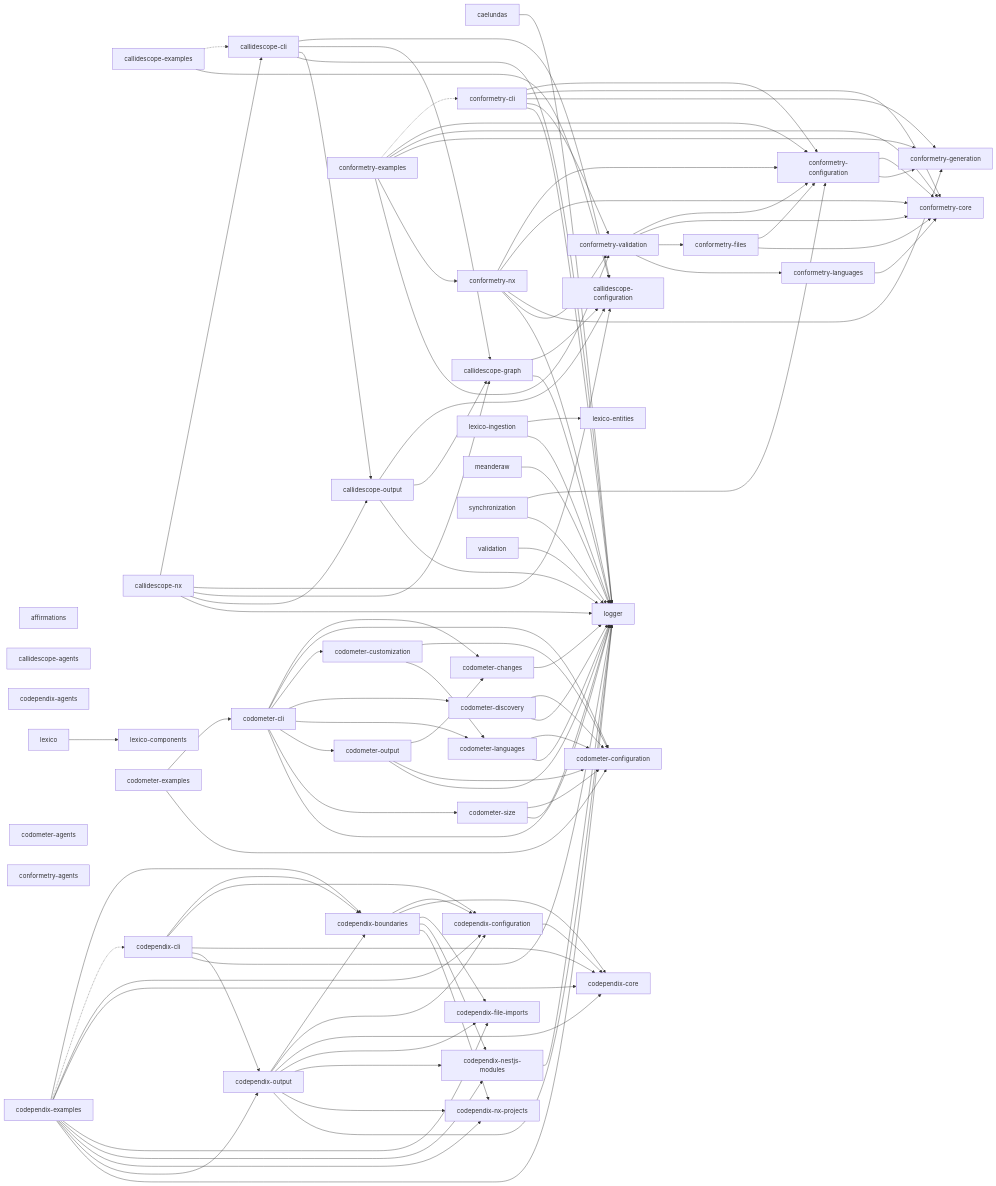
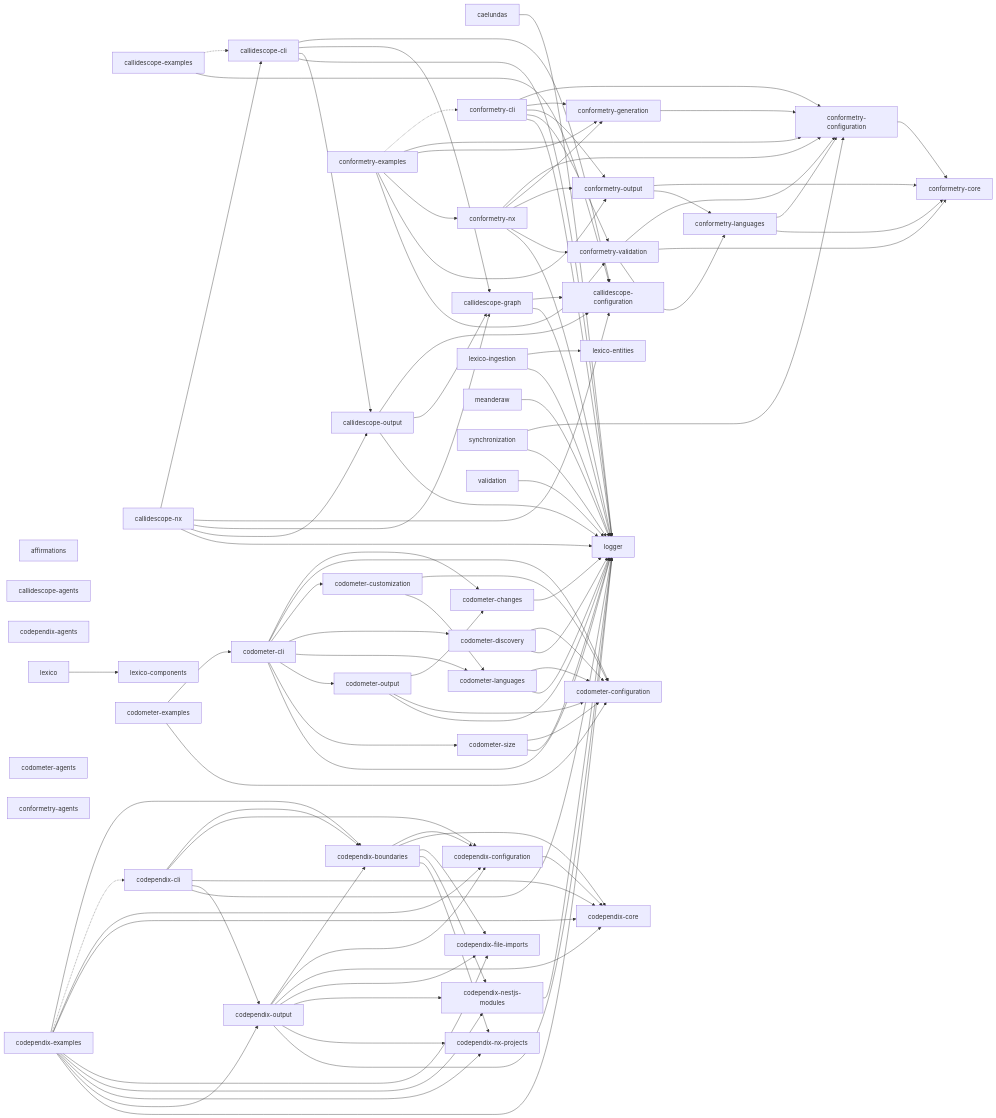
One commit to JimmyPaolini/codebase changed the diagram in README.md. Above: the diagram before and after it, drawn with Mermaid. The commit also changed other lines of this file and 169 other files, not shown here.

First line of the commit message:
refactor(conformetry,configuration,dependencies,deployments): ♻️ put conformetry on the ic-suite five-layer spine (#912)

```diff
--- a/README.md
+++ b/README.md
@@ -221,10 +221,10 @@
   conformetry_configuration["conformetry-configuration"]
   conformetry_core["conformetry-core"]
   conformetry_examples["conformetry-examples"]
-  conformetry_files["conformetry-files"]
   conformetry_generation["conformetry-generation"]
   conformetry_languages["conformetry-languages"]
   conformetry_nx["conformetry-nx"]
+  conformetry_output["conformetry-output"]
   conformetry_validation["conformetry-validation"]
   lexico["lexico"]
   lexico_components["lexico-components"]
@@ -302,29 +302,29 @@
   codometer_size --> codometer_configuration
   codometer_size --> logger
   conformetry_cli --> conformetry_configuration
-  conformetry_cli --> conformetry_core
   conformetry_cli --> conformetry_generation
+  conformetry_cli --> conformetry_output
   conformetry_cli --> conformetry_validation
   conformetry_cli --> logger
   conformetry_configuration --> conformetry_core
-  conformetry_configuration --> conformetry_generation
   conformetry_examples -.-> conformetry_cli
   conformetry_examples --> conformetry_configuration
-  conformetry_examples --> conformetry_core
   conformetry_examples --> conformetry_generation
   conformetry_examples --> conformetry_nx
+  conformetry_examples --> conformetry_output
   conformetry_examples --> conformetry_validation
-  conformetry_files --> conformetry_configuration
-  conformetry_files --> conformetry_core
+  conformetry_generation --> conformetry_configuration
+  conformetry_languages --> conformetry_configuration
   conformetry_languages --> conformetry_core
   conformetry_nx --> conformetry_configuration
-  conformetry_nx --> conformetry_core
   conformetry_nx --> conformetry_generation
+  conformetry_nx --> conformetry_output
   conformetry_nx --> conformetry_validation
   conformetry_nx --> logger
+  conformetry_output --> conformetry_core
+  conformetry_output --> conformetry_languages
   conformetry_validation --> conformetry_configuration
   conformetry_validation --> conformetry_core
-  conformetry_validation --> conformetry_files
   conformetry_validation --> conformetry_languages
   lexico --> lexico_components
   lexico_ingestion --> lexico_entities
```
